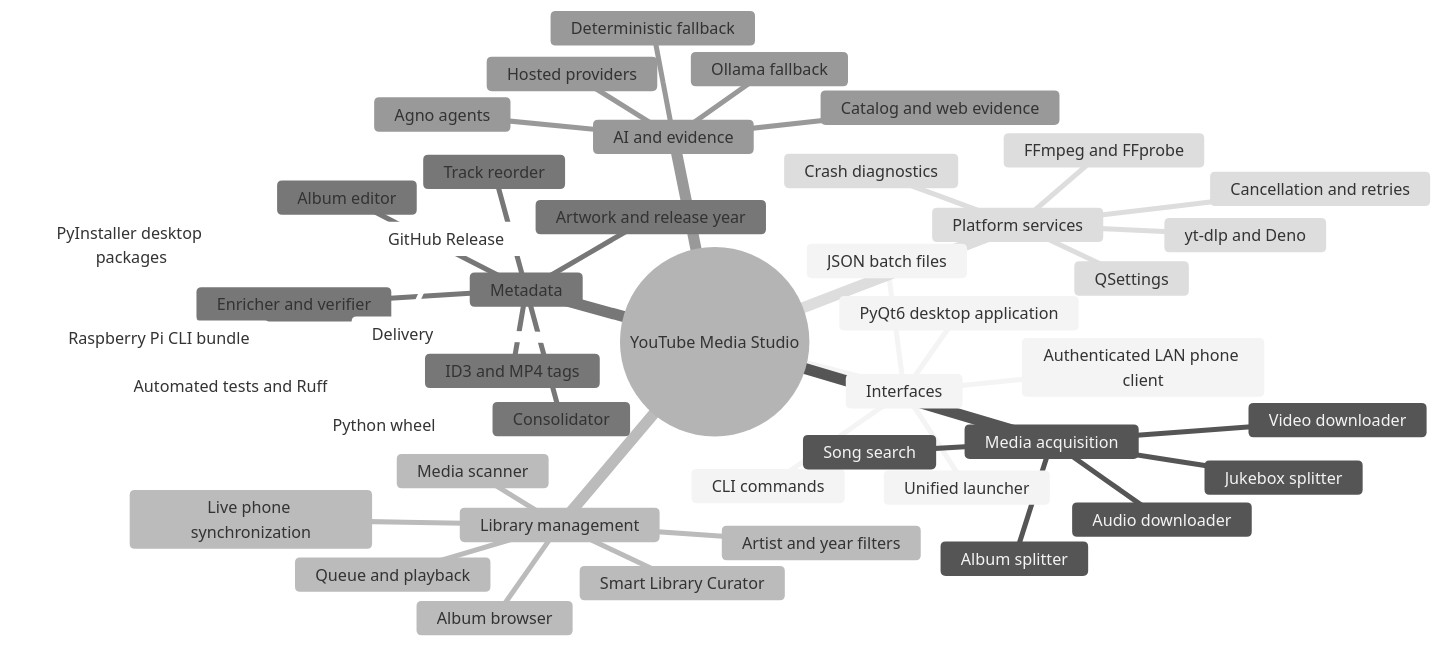
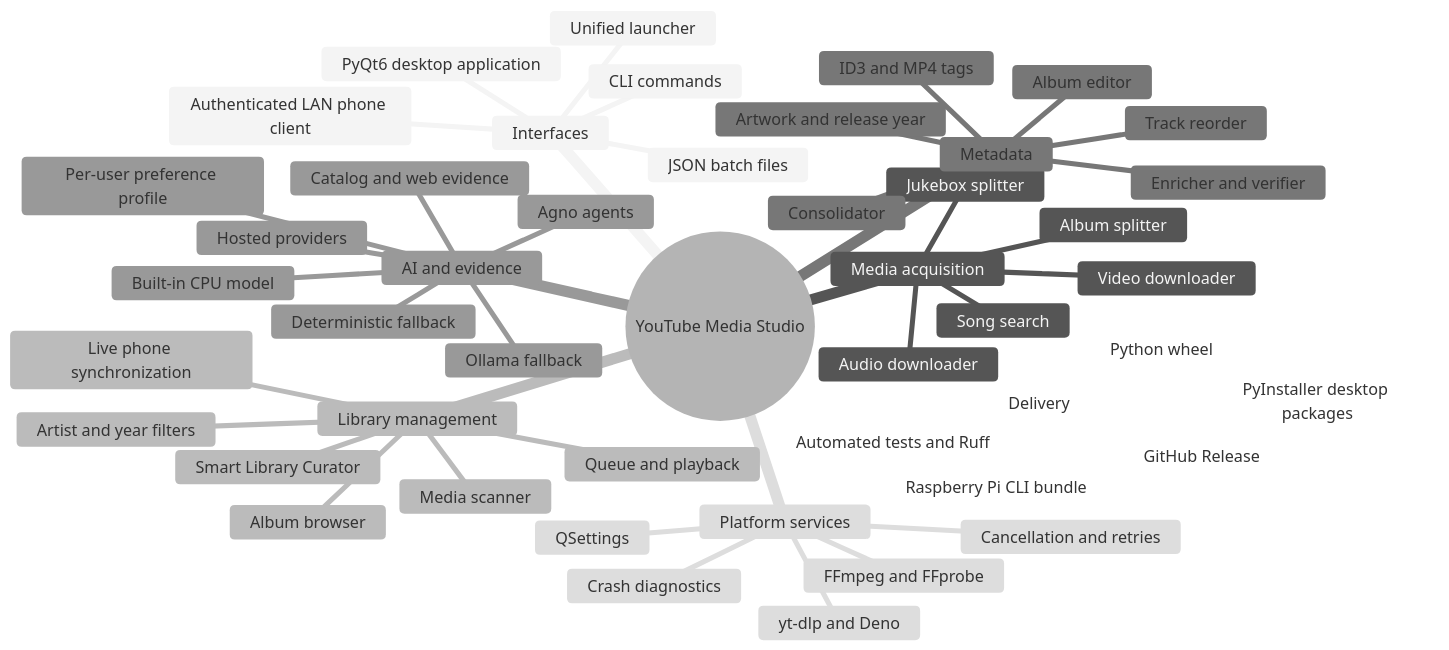
One commit to DhimanGhosh/YouTube_Media_Studio changed the diagram in docs/ARCHITECTURE.md. Above: the diagram before and after it, drawn with Mermaid (neutral theme). The commit also changed other lines of this file and 22 other files, not shown here.

Commit message:
feat!: add zero-configuration built-in CPU AI

````diff
--- a/docs/ARCHITECTURE.md
+++ b/docs/ARCHITECTURE.md
@@ -18,48 +19,50 @@
 ```mermaid
 mindmap
   root((YouTube Media Studio))
     Interfaces
       PyQt6 desktop application
       Authenticated LAN phone client
       Unified launcher
       CLI commands
       JSON batch files
     Media acquisition
       Audio downloader
       Video downloader
       Album splitter
       Jukebox splitter
       Song search
     Library management
       Media scanner
       Artist and year filters
       Album browser
       Queue and playback
       Live phone synchronization
       Smart Library Curator
     Metadata
       ID3 and MP4 tags
       Album editor
       Enricher and verifier
       Artwork and release year
       Track reorder
       Consolidator
     AI and evidence
       Agno agents
+      Built-in CPU model
       Hosted providers
       Ollama fallback
+      Per-user preference profile
       Catalog and web evidence
       Deterministic fallback
     Platform services
       FFmpeg and FFprobe
       yt-dlp and Deno
       QSettings
       Crash diagnostics
       Cancellation and retries
     Delivery
       Automated tests and Ruff
       PyInstaller desktop packages
       Python wheel
       Raspberry Pi CLI bundle
       GitHub Release
 ```
````
